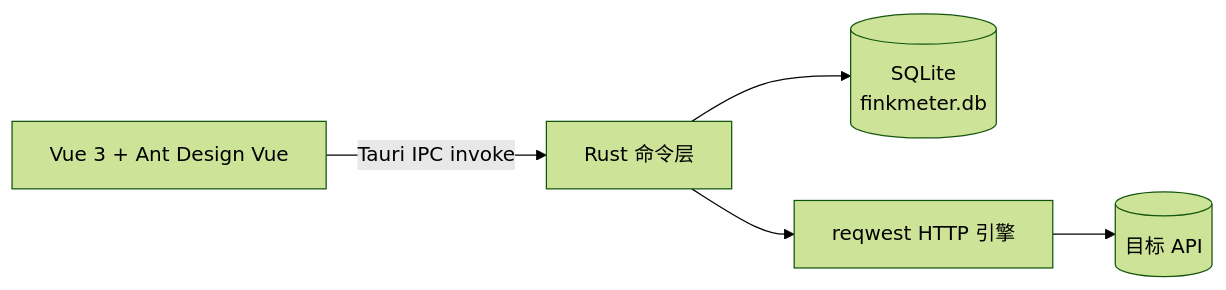
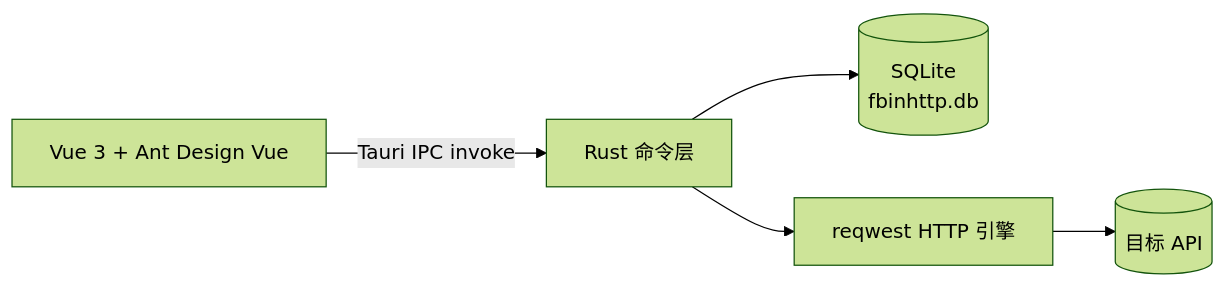
Before and after one commit to Wayward-GOU/AstroMan: the diagram in README.md, drawn with Mermaid (forest theme). The commit also changed other lines of this file and 127 other files, not shown here.

````diff
--- a/README.md
+++ b/README.md
@@ -95,7 +95,7 @@
 ```mermaid
 graph LR
     UI["Vue 3 + Ant Design Vue"] -->|"Tauri IPC invoke"| CMD["Rust 命令层"]
-    CMD --> DB[("SQLite<br/>finkmeter.db")]
+    CMD --> DB[("SQLite<br/>fbinhttp.db")]
     CMD --> HTTP["reqwest HTTP 引擎"]
     HTTP --> TARGET[("目标 API")]
 ```
````
